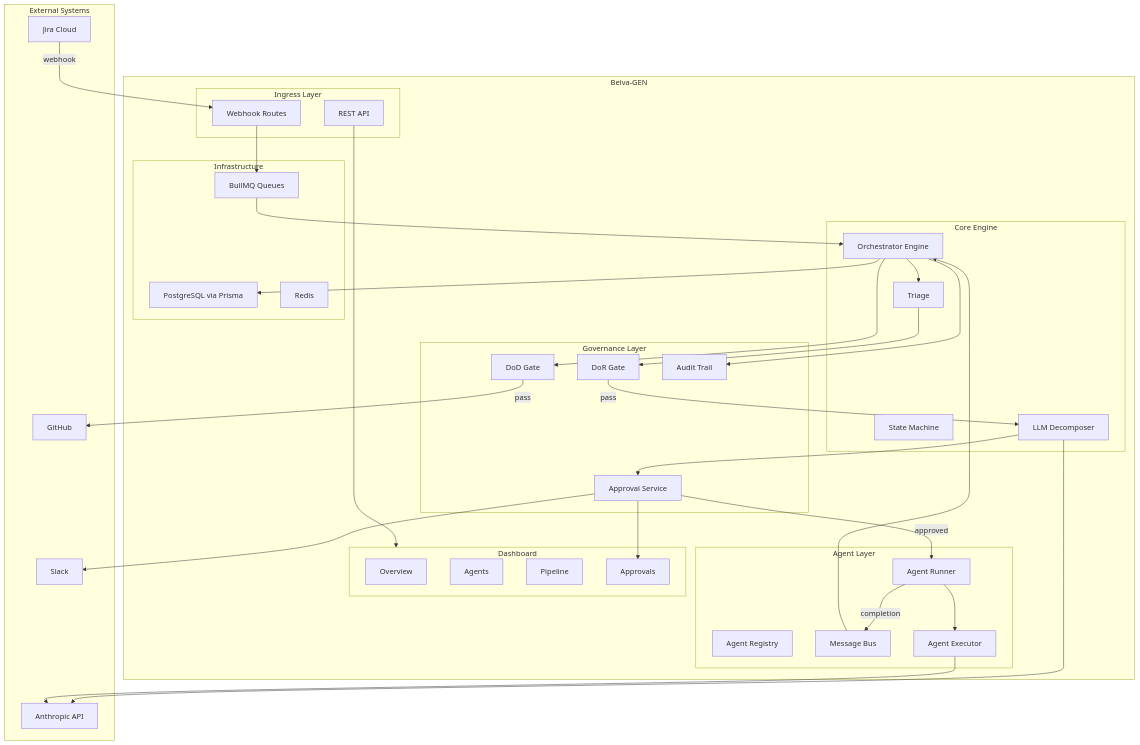
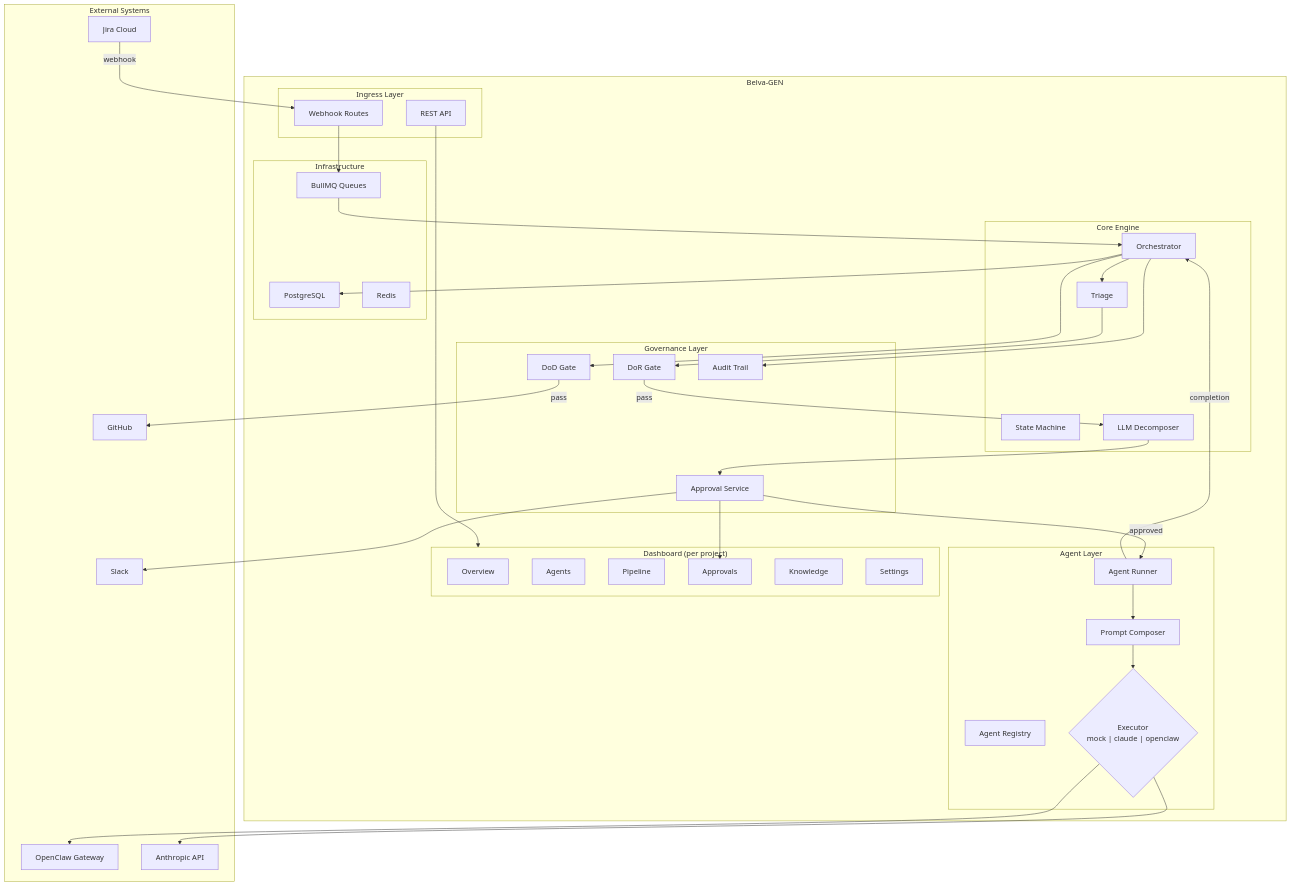
The diagram in docs/architecture/system-overview.md (Belvainc/Belva-GEN), drawn with Mermaid before and after one commit. The commit also changed other lines of this file and 8 other files, not shown here.

First line of the commit message:
Add comprehensive documentation for integrations, multi-project architecture, and deployment

````diff
--- a/docs/architecture/system-overview.md
+++ b/docs/architecture/system-overview.md
@@ -11,71 +13,74 @@
 ```mermaid
 graph TD
     subgraph External["External Systems"]
         Jira["Jira Cloud"]
         Slack["Slack"]
         GitHub["GitHub"]
+        OpenClaw["OpenClaw Gateway"]
         Anthropic["Anthropic API"]
     end
 
     subgraph BelvaGEN["Belva-GEN"]
         subgraph Ingress["Ingress Layer"]
             Webhooks["Webhook Routes"]
             API["REST API"]
         end
 
         subgraph Core["Core Engine"]
-            Orchestrator["Orchestrator Engine"]
+            Orchestrator["Orchestrator"]
             StateMachine["State Machine"]
             Triage["Triage"]
             Decomposer["LLM Decomposer"]
         end
 
         subgraph Agents["Agent Layer"]
             Registry["Agent Registry"]
             Runner["Agent Runner"]
-            MessageBus["Message Bus"]
-            Executor["Agent Executor"]
+            Composer["Prompt Composer"]
+            Executor{"Executor<br/>mock | claude | openclaw"}
         end
 
         subgraph Governance["Governance Layer"]
             DoR["DoR Gate"]
             DoD["DoD Gate"]
             Approval["Approval Service"]
             Audit["Audit Trail"]
         end
 
         subgraph Infra["Infrastructure"]
             BullMQ["BullMQ Queues"]
-            Prisma["PostgreSQL via Prisma"]
+            Prisma["PostgreSQL"]
             Redis["Redis"]
         end
 
-        subgraph UI["Dashboard"]
+        subgraph UI["Dashboard (per project)"]
             Overview["Overview"]
             AgentsPage["Agents"]
             Pipeline["Pipeline"]
             Approvals["Approvals"]
+            Knowledge["Knowledge"]
+            Settings["Settings"]
         end
     end
 
     Jira -- "webhook" --> Webhooks
     Webhooks --> BullMQ
     BullMQ --> Orchestrator
     Orchestrator --> Triage
     Triage --> DoR
     DoR -- "pass" --> Decomposer
-    Decomposer --> Anthropic
     Decomposer --> Approval
     Approval --> Slack
     Approval --> Approvals
     Approval -- "approved" --> Runner
-    Runner --> Executor
+    Runner --> Composer
+    Composer --> Executor
+    Executor --> OpenClaw
     Executor --> Anthropic
-    Runner -- "completion" --> MessageBus
-    MessageBus --> Orchestrator
+    Runner -- "completion" --> Orchestrator
     Orchestrator --> DoD
     DoD -- "pass" --> GitHub
     Orchestrator --> Prisma
     Orchestrator --> Audit
     API --> UI
 ```
````
